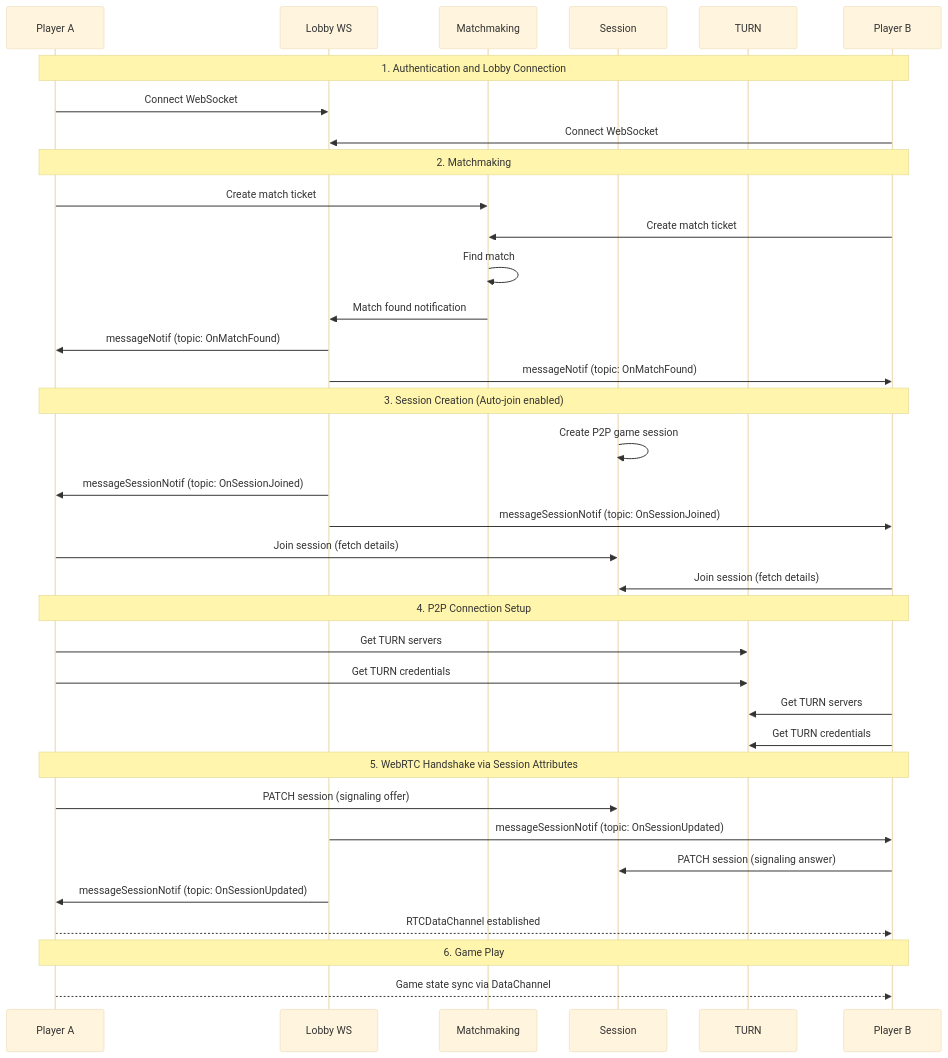
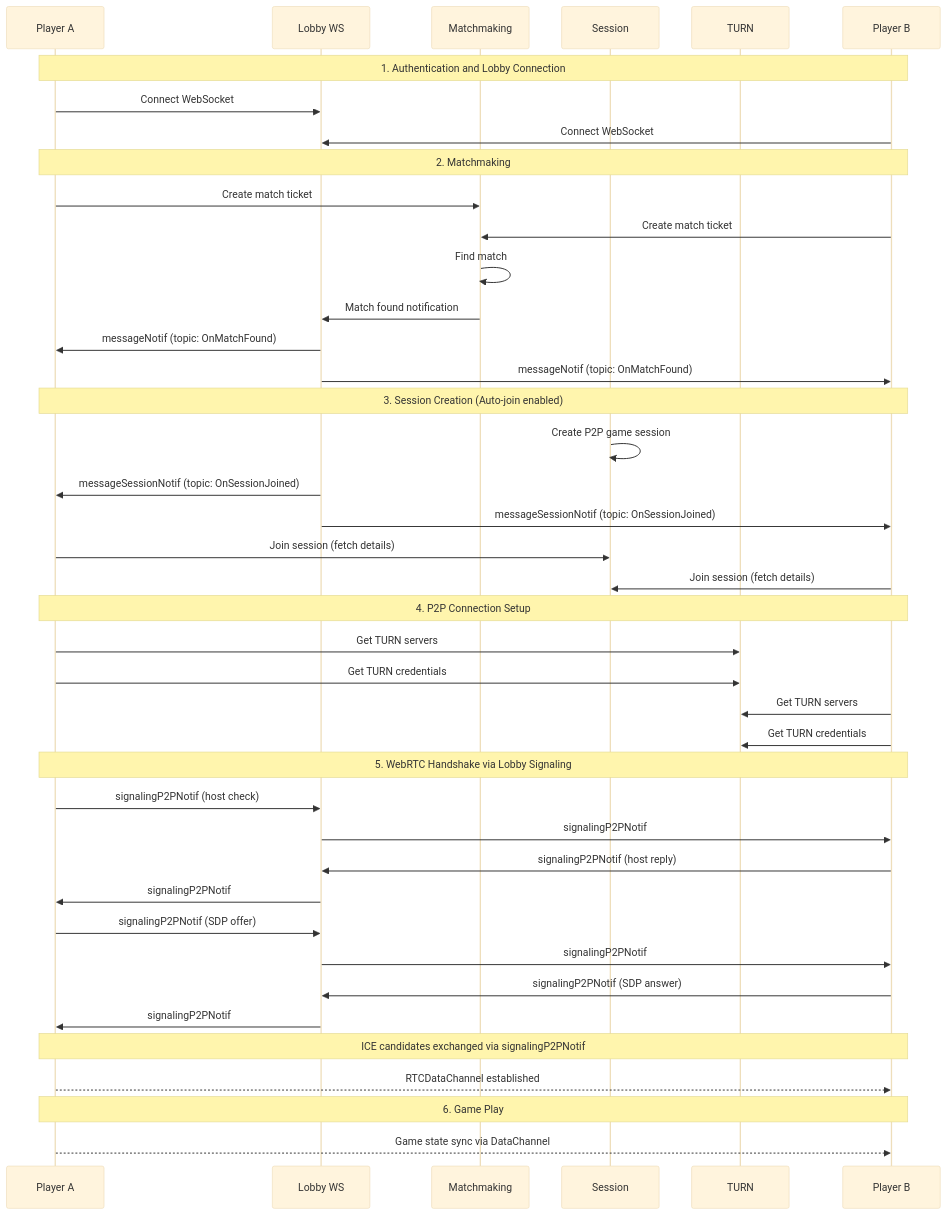
The third of 4 diagrams in docs/pong-game-tech-spec.md (anggorodewanto/extend-pong), drawn with Mermaid (base theme) before and after one commit. The commit also changed other lines of this file and 6 other files, not shown here.

````diff
--- a/docs/pong-game-tech-spec.md
+++ b/docs/pong-game-tech-spec.md
@@ -268,44 +374,49 @@
 ```mermaid
 sequenceDiagram
     participant A as Player A
     participant L as Lobby WS
     participant M as Matchmaking
     participant S as Session
     participant T as TURN
     participant B as Player B
 
     Note over A,B: 1. Authentication and Lobby Connection
     A->>L: Connect WebSocket
     B->>L: Connect WebSocket
 
     Note over A,B: 2. Matchmaking
     A->>M: Create match ticket
     B->>M: Create match ticket
     M->>M: Find match
     M->>L: Match found notification
     L->>A: messageNotif (topic: OnMatchFound)
     L->>B: messageNotif (topic: OnMatchFound)
 
     Note over A,B: 3. Session Creation (Auto-join enabled)
     S->>S: Create P2P game session
     L->>A: messageSessionNotif (topic: OnSessionJoined)
     L->>B: messageSessionNotif (topic: OnSessionJoined)
     A->>S: Join session (fetch details)
     B->>S: Join session (fetch details)
 
     Note over A,B: 4. P2P Connection Setup
     A->>T: Get TURN servers
     A->>T: Get TURN credentials
     B->>T: Get TURN servers
     B->>T: Get TURN credentials
 
-    Note over A,B: 5. WebRTC Handshake via Session Attributes
-    A->>S: PATCH session (signaling offer)
-    L->>B: messageSessionNotif (topic: OnSessionUpdated)
-    B->>S: PATCH session (signaling answer)
-    L->>A: messageSessionNotif (topic: OnSessionUpdated)
+    Note over A,B: 5. WebRTC Handshake via Lobby Signaling
+    A->>L: signalingP2PNotif (host check)
+    L->>B: signalingP2PNotif
+    B->>L: signalingP2PNotif (host reply)
+    L->>A: signalingP2PNotif
+    A->>L: signalingP2PNotif (SDP offer)
+    L->>B: signalingP2PNotif
+    B->>L: signalingP2PNotif (SDP answer)
+    L->>A: signalingP2PNotif
+    Note over A,B: ICE candidates exchanged via signalingP2PNotif
     A-->>B: RTCDataChannel established
 
     Note over A,B: 6. Game Play
     A-->>B: Game state sync via DataChannel
 ```
````
